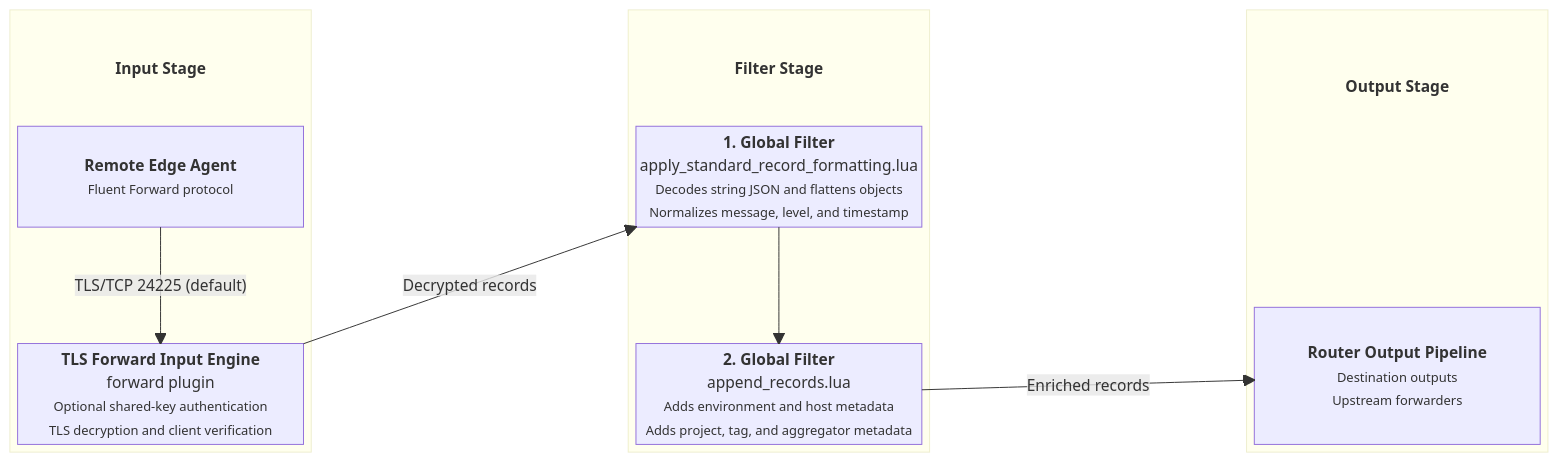
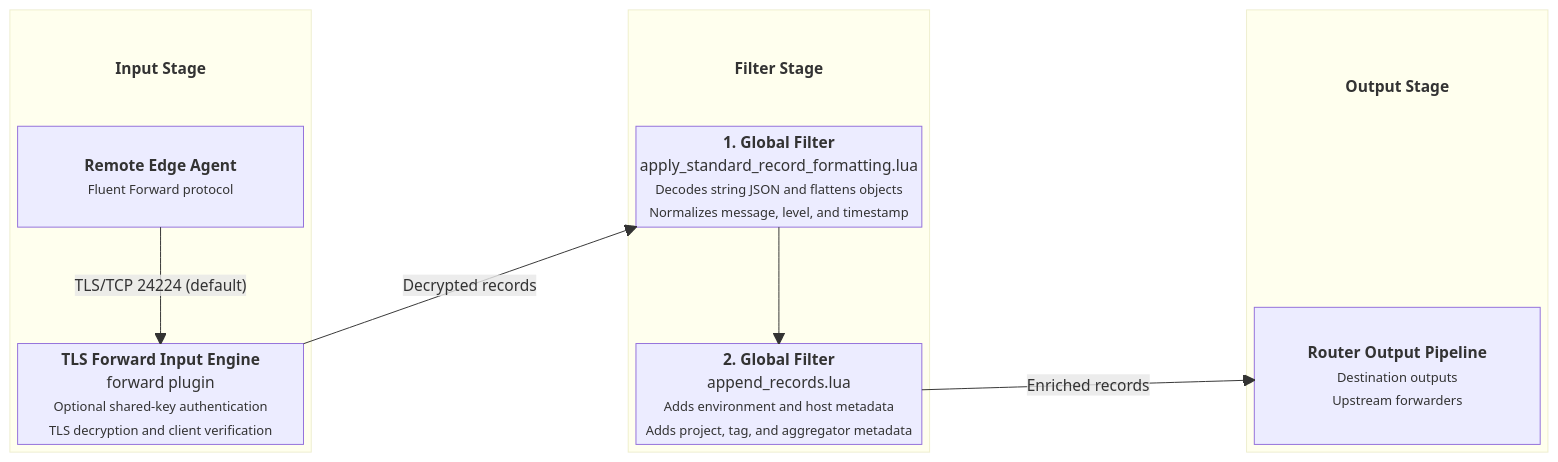
The diagram in docs/input-tls-forward.md (Josh5/fluent-bit-router), drawn with Mermaid before and after one commit. The commit also changed other lines of this file and 8 other files, not shown here.

````diff
--- a/docs/input-tls-forward.md
+++ b/docs/input-tls-forward.md
@@ -53,40 +53,40 @@
 ```mermaid
 block-beta
     columns 5
 
     block:InputStage
         columns 1
         InputTitle["<b>Input Stage</b>"]
         A["<b>Remote Edge Agent</b><br/><small>Fluent Forward protocol</small>"]
         space
         B["<b>TLS Forward Input Engine</b><br/>forward plugin<br/><small>Optional shared-key authentication<br/>TLS decryption and client verification</small>"]
     end
 
     space
 
     block:FilterStage
         columns 1
         FilterTitle["<b>Filter Stage</b>"]
         C["<b>1. Global Filter</b><br/>apply_standard_record_formatting.lua<br/><small>Decodes string JSON and flattens objects<br/>Normalizes message, level, and timestamp</small>"]
         space
         D["<b>2. Global Filter</b><br/>append_records.lua<br/><small>Adds environment and host metadata<br/>Adds project, tag, and aggregator metadata</small>"]
     end
 
     space
 
     block:OutputStage
         columns 1
         OutputTitle["<b>Output Stage</b>"]
         space
         E["<b>Router Output Pipeline</b><br/><small>Destination outputs<br/>Upstream forwarders</small>"]
     end
 
-    A -- "TLS/TCP 24225 (default)" --> B
+    A -- "TLS/TCP 24224 (default)" --> B
     B -- "Decrypted records" --> C
     C --> D
     D -- "Enriched records" --> E
 
     style InputTitle fill:none,stroke:none
     style FilterTitle fill:none,stroke:none
     style OutputTitle fill:none,stroke:none
 ```
````
